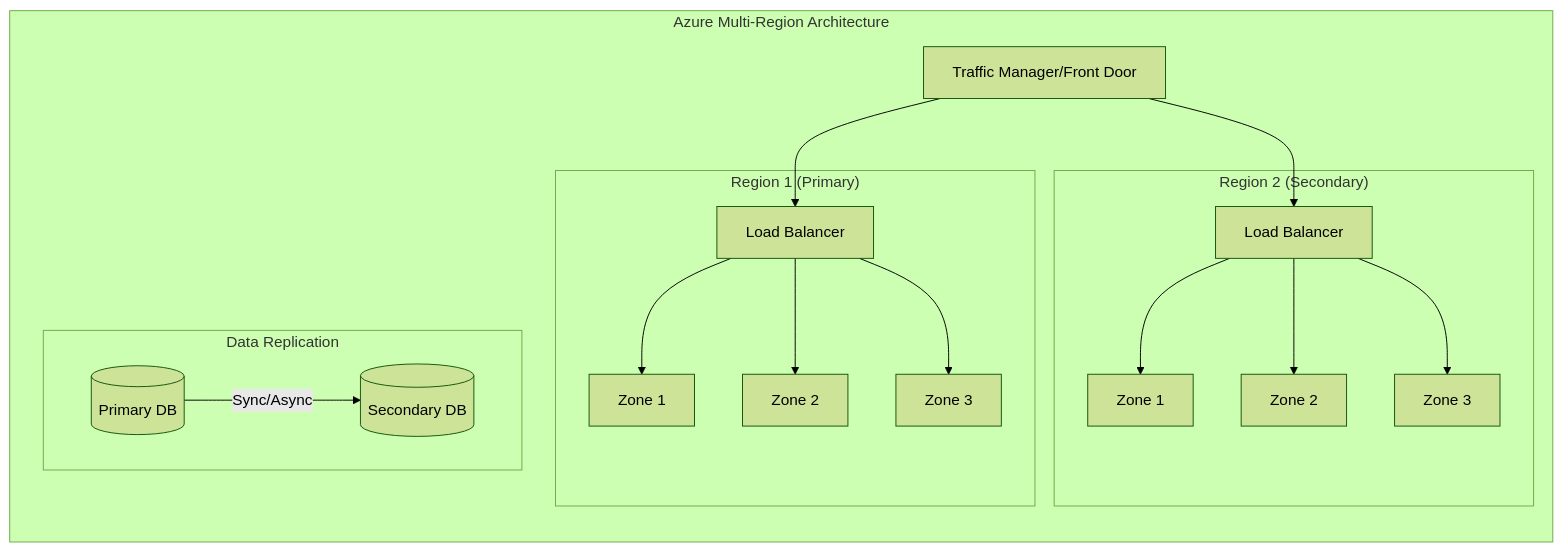
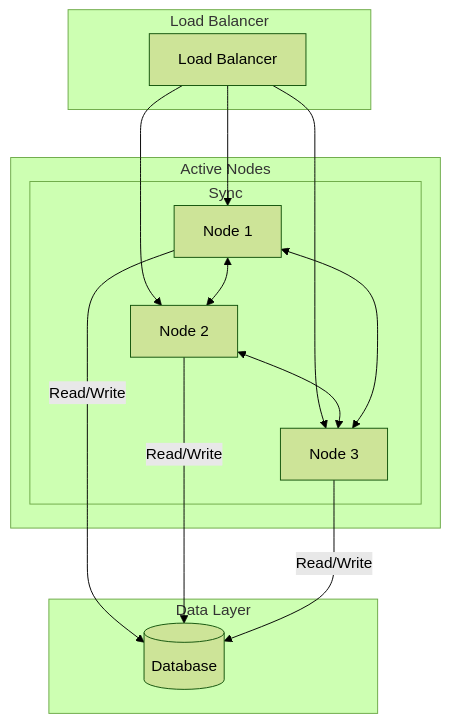
One commit to saravanakumarrc/Architecture_Journey changed the second of 4 diagrams in src/High_Availability_Design.md. Above: the diagram before and after it, drawn with Mermaid (forest theme). The commit also changed other lines of this file and 3 other files, not shown here.

````diff
--- a/src/High_Availability_Design.md
+++ b/src/High_Availability_Design.md
@@ -418,36 +33,24 @@
 ```mermaid
 graph TB
-    subgraph "Azure Multi-Region Architecture"
-        direction TB
-        TM[Traffic Manager/Front Door]
+    subgraph "Load Balancer"
+        LB[Load Balancer]
+    end
+    
+    subgraph "Active Nodes"
+        LB --> N1[Node 1]
+        LB --> N2[Node 2]
+        LB --> N3[Node 3]
         
-        subgraph "Region 1 (Primary)"
-            LB1[Load Balancer]
-            AZ1[Zone 1]
-            AZ2[Zone 2]
-            AZ3[Zone 3]
-            LB1 --> AZ1
-            LB1 --> AZ2
-            LB1 --> AZ3
-        end
-        
-        subgraph "Region 2 (Secondary)"
-            LB2[Load Balancer]
-            AZ4[Zone 1]
-            AZ5[Zone 2]
-            AZ6[Zone 3]
-            LB2 --> AZ4
-            LB2 --> AZ5
-            LB2 --> AZ6
-        end
-        
-        TM --> LB1
-        TM --> LB2
-        
-        subgraph "Data Replication"
-            DB1[(Primary DB)]
-            DB2[(Secondary DB)]
-            DB1 -->|Sync/Async| DB2
+        subgraph "Sync"
+            N1 <--> N2
+            N2 <--> N3
+            N3 <--> N1
         end
     end
+    
+    subgraph "Data Layer"
+        N1 --> |Read/Write| DB[(Database)]
+        N2 --> |Read/Write| DB
+        N3 --> |Read/Write| DB
+    end
 ```
````
